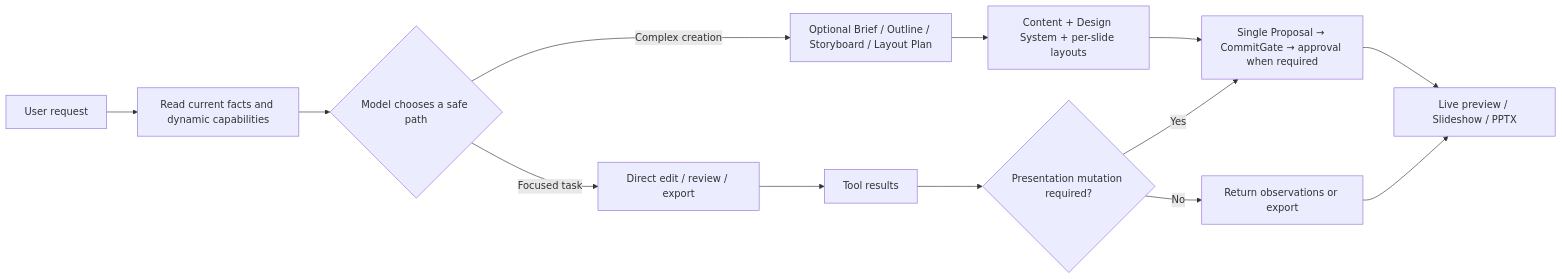
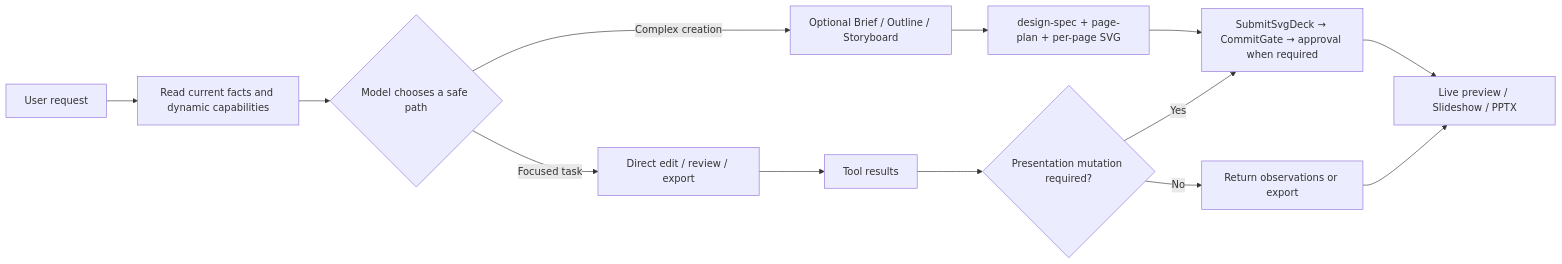
One commit to putl-dream/ppt changed the first of 2 diagrams in README.en.md. Above: the diagram before and after it, drawn with Mermaid. The commit also changed other lines of this file and 49 other files, not shown here.

````diff
--- a/README.en.md
+++ b/README.en.md
@@ -67,15 +67,15 @@
 ```mermaid
 flowchart LR
   A["User request"] --> B["Read current facts and dynamic capabilities"]
   B --> C{"Model chooses a safe path"}
-  C -->|Complex creation| D["Optional Brief / Outline / Storyboard / Layout Plan"]
+  C -->|Complex creation| D["Optional Brief / Outline / Storyboard"]
   C -->|Focused task| E["Direct edit / review / export"]
-  D --> F["Content + Design System + per-slide layouts"]
+  D --> F["design-spec + page-plan + per-page SVG"]
   E --> G["Tool results"]
-  F --> I["Single Proposal → CommitGate → approval when required"]
+  F --> I["SubmitSvgDeck → CommitGate → approval when required"]
   G --> H{"Presentation mutation required?"}
   H -->|Yes| I
   H -->|No| J["Return observations or export"]
   I --> K["Live preview / Slideshow / PPTX"]
   J --> K
 ```
````
